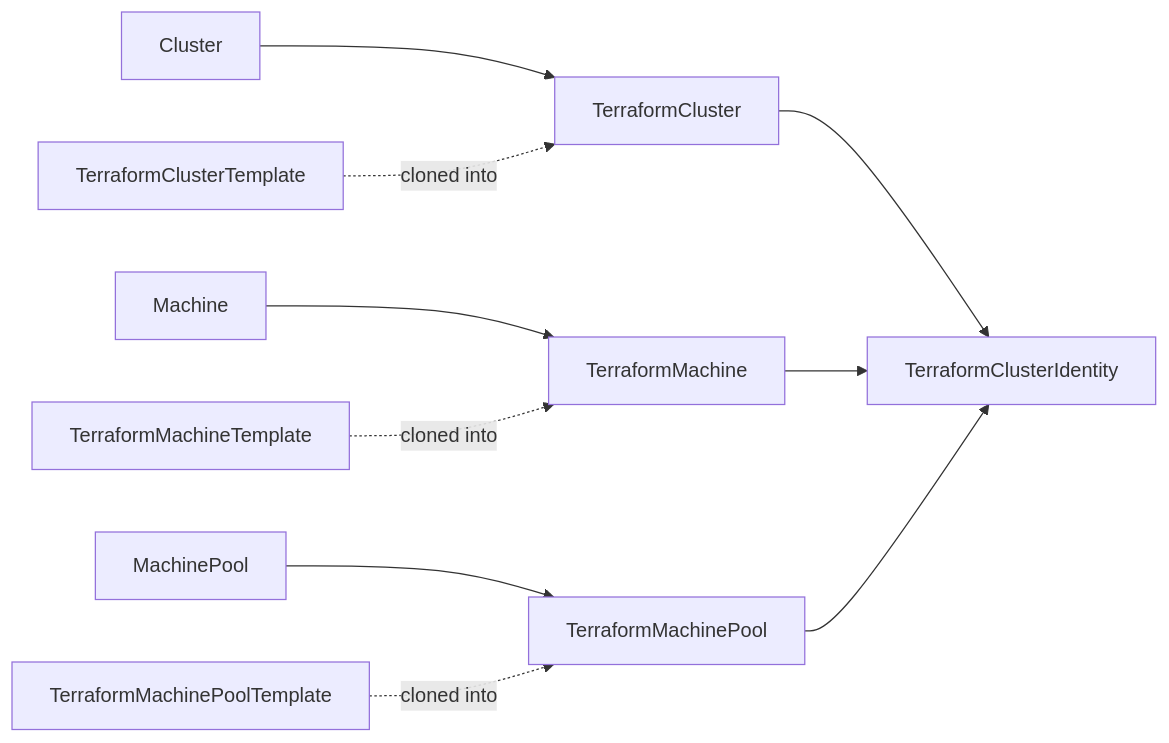
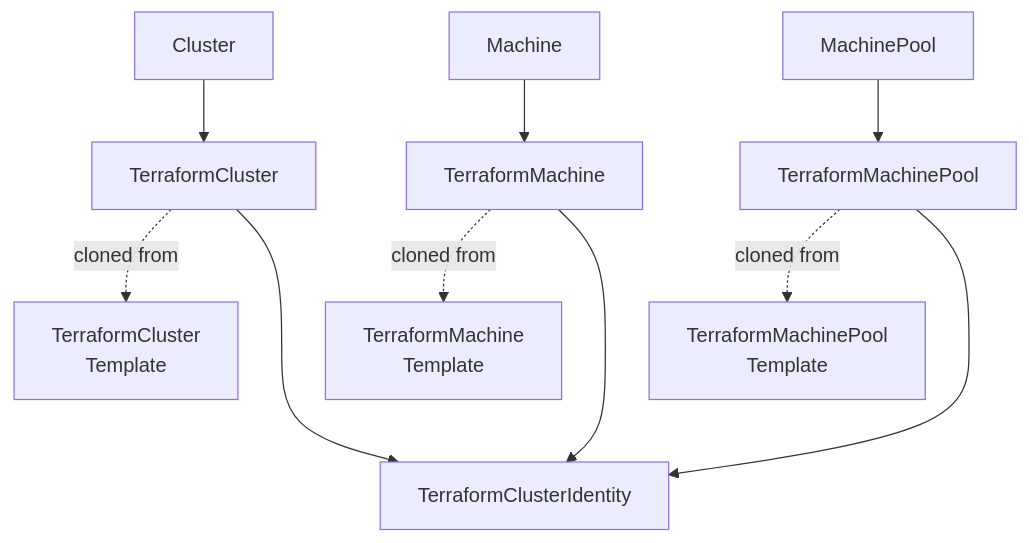
The diagram in docs/docs/reference/resources/README.md (captf-io/captf-io.github.io), drawn with Mermaid before and after one commit. The commit also changed 8 other files, not shown here.

First line of the commit message:
docs: draw the flow diagrams top to bottom

````diff
--- a/docs/docs/reference/resources/README.md
+++ b/docs/docs/reference/resources/README.md
@@ -83,12 +83,15 @@
 ```mermaid
-flowchart LR
+flowchart TD
     Cluster --> TC[TerraformCluster]
     Machine --> TM[TerraformMachine]
     MachinePool --> TMP[TerraformMachinePool]
-    TCT[TerraformClusterTemplate] -. cloned into .-> TC
-    TMT[TerraformMachineTemplate] -. cloned into .-> TM
-    TMPT[TerraformMachinePoolTemplate] -. cloned into .-> TMP
+    TC -. cloned from .-> TCT["TerraformCluster<br/>Template"]
+    TM -. cloned from .-> TMT["TerraformMachine<br/>Template"]
+    TMP -. cloned from .-> TMPT["TerraformMachinePool<br/>Template"]
     TC --> ID[TerraformClusterIdentity]
     TM --> ID
     TMP --> ID
+    TCT ~~~ ID
+    TMT ~~~ ID
+    TMPT ~~~ ID
 ```
````
